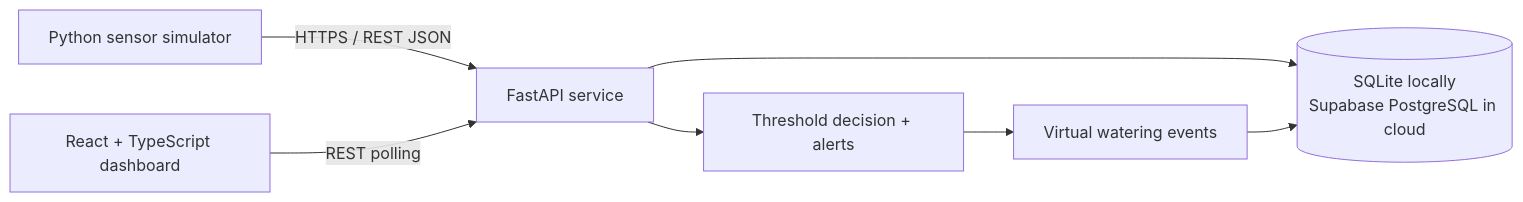
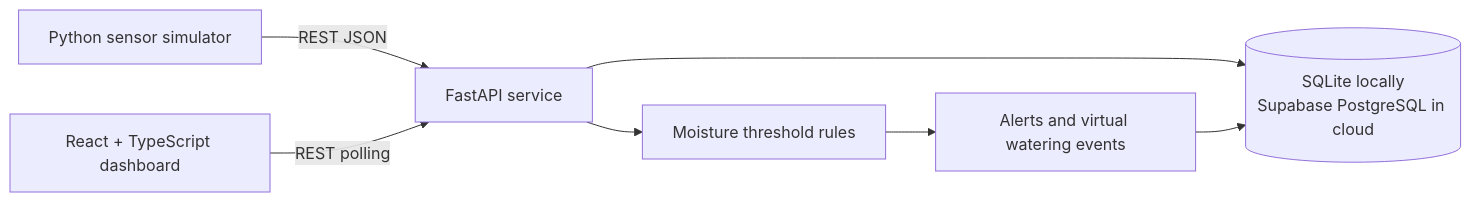
Before and after one commit to adarshsrivastav23905/Cloud-Connected-Smart-Plant-Care-Watering-System: the diagram in README.md, drawn with Mermaid. The commit also changed other lines of this file and 10 other files, not shown here.

````diff
--- a/README.md
+++ b/README.md
@@ -22,9 +21,9 @@
 ```mermaid
 flowchart LR
-  SIM[Python sensor simulator] -->|HTTPS / REST JSON| API[FastAPI service]
-  API --> DB[(SQLite locally<br/>Supabase PostgreSQL in cloud)]
-  API --> RULES[Threshold decision + alerts]
-  UI[React + TypeScript dashboard] -->|REST polling| API
-  RULES --> EVENTS[Virtual watering events]
-  EVENTS --> DB
+    SIM[Python sensor simulator] -->|REST JSON| API[FastAPI service]
+    UI[React + TypeScript dashboard] -->|REST polling| API
+    API --> DB[(SQLite locally<br/>Supabase PostgreSQL in cloud)]
+    API --> RULES[Moisture threshold rules]
+    RULES --> ALERTS[Alerts and virtual watering events]
+    ALERTS --> DB
 ```
````
